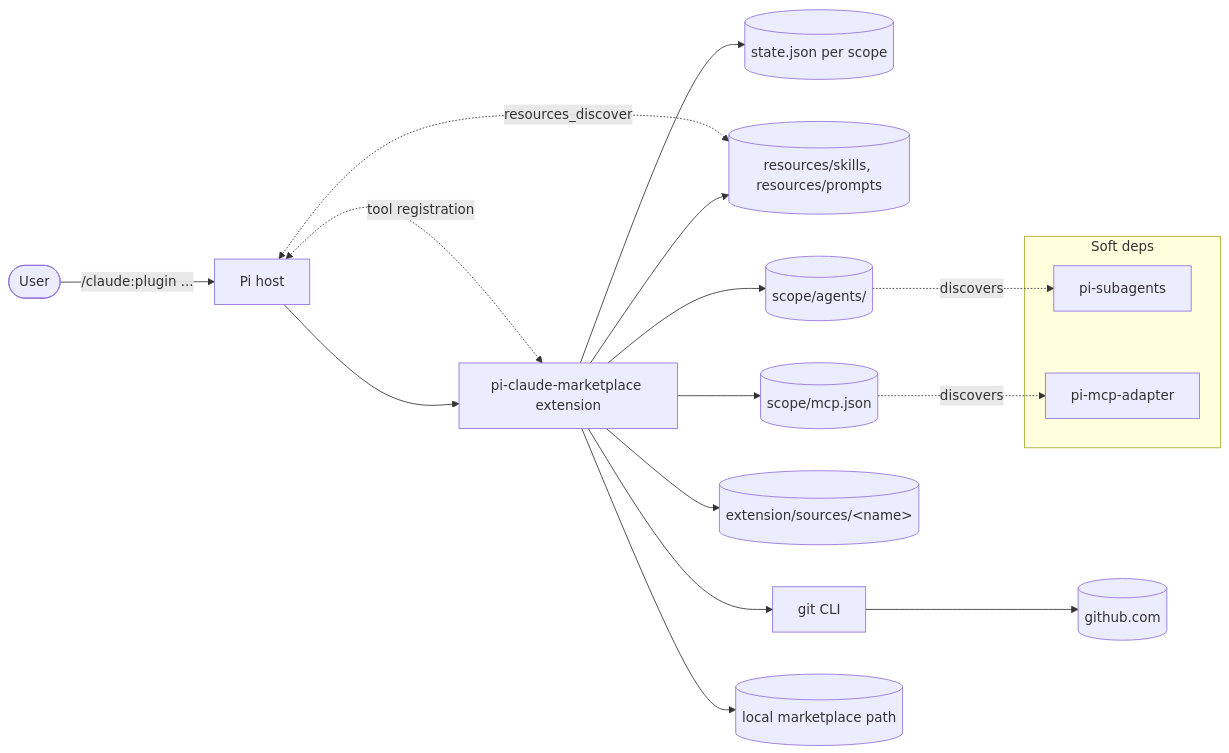
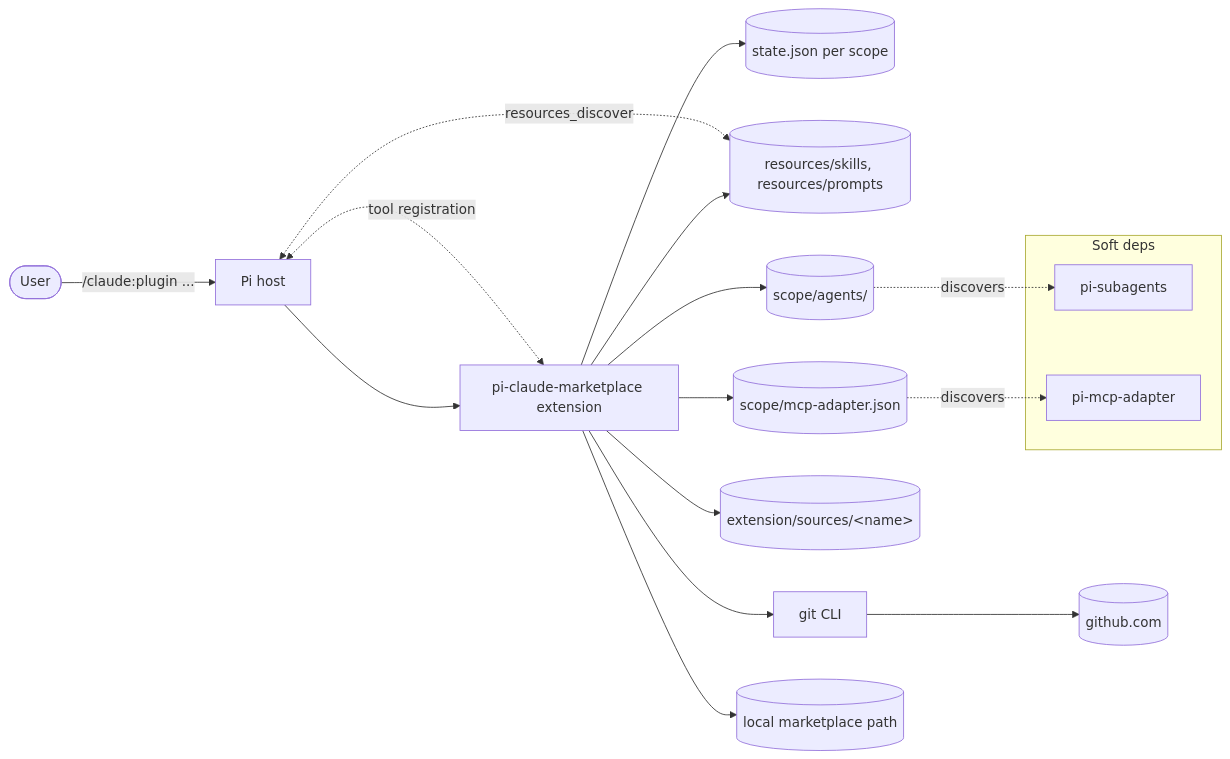
Before and after one commit to acolomba/pi-claude-marketplace: the first of 18 diagrams in docs/prd/pi-claude-marketplace-prd.md, drawn with Mermaid. The commit also changed other lines of this file and 555 other files, not shown here.

First line of the commit message:
feat(mcp)!: move plugin MCP servers to pi-mcp-adapter 5 on Pi 1.0 (#250)

````diff
--- a/docs/prd/pi-claude-marketplace-prd.md
+++ b/docs/prd/pi-claude-marketplace-prd.md
@@ -136,24 +136,24 @@
 ```mermaid
 flowchart LR
   user([User]) -- "/claude:plugin ..." --> pi[Pi host]
   pi --> ext[pi-claude-marketplace extension]
   ext --> stateFile[(state.json per scope)]
   ext --> resourcesDir[(resources/skills, resources/prompts)]
   ext --> agentsDir[(scope/agents/)]
-  ext --> mcpFile[(scope/mcp.json)]
+  ext --> mcpFile[(scope/mcp-adapter.json)]
   ext --> sourcesClone[(extension/sources/&lt;name&gt;)]
 
   pi <-. resources_discover .-> resourcesDir
   pi <-. tool registration .-> ext
 
   subgraph Soft deps
     subagents[pi-subagents]
     mcpAdapter[pi-mcp-adapter]
   end
   agentsDir -. discovers .-> subagents
   mcpFile -. discovers .-> mcpAdapter
 
   ext --> git[git CLI]
   git --> github[(github.com)]
   ext --> fs[(local marketplace path)]
 ```
````
